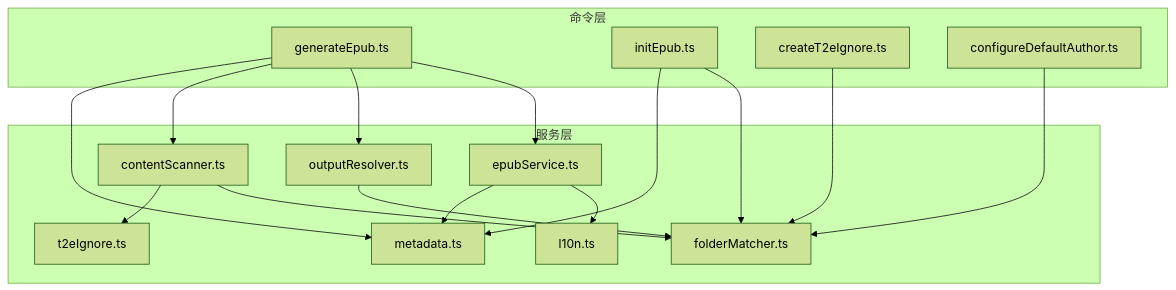
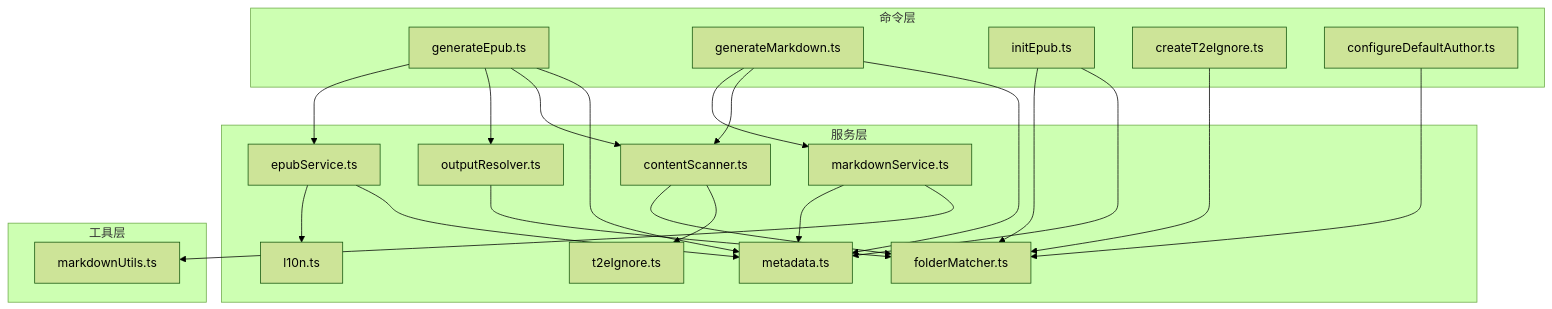
Before and after one commit to someok/vscode-folder2epub: the second of 10 diagrams in .qoder/repowiki/zh/content/技术架构详解/技术架构详解.md, drawn with Mermaid (forest theme). The commit also changed other lines of this file and 8 other files, not shown here.

````diff
--- a/.qoder/repowiki/zh/content/技术架构详解/技术架构详解.md
+++ b/.qoder/repowiki/zh/content/技术架构详解/技术架构详解.md
@@ -122,31 +146,41 @@
 ```mermaid
 graph TB
 subgraph "命令层"
 GEN["generateEpub.ts"]
+GMD["generateMarkdown.ts"]
 INIT["initEpub.ts"]
 IGN["createT2eIgnore.ts"]
 CFG["configureDefaultAuthor.ts"]
 end
 subgraph "服务层"
 CS["contentScanner.ts"]
 ES["epubService.ts"]
+MS["markdownService.ts"]
 META["metadata.ts"]
 OUT["outputResolver.ts"]
 FM["folderMatcher.ts"]
 TI["t2eIgnore.ts"]
 L10N["l10n.ts"]
 end
+subgraph "工具层"
+MU["markdownUtils.ts"]
+end
 GEN --> META
 GEN --> CS
 GEN --> OUT
 GEN --> ES
+GMD --> META
+GMD --> CS
+GMD --> MS
 INIT --> META
 INIT --> FM
 IGN --> FM
 CFG --> FM
 ES --> META
 ES --> L10N
+MS --> MU
+MS --> META
 CS --> TI
 CS --> FM
 OUT --> FM
 ```
````
